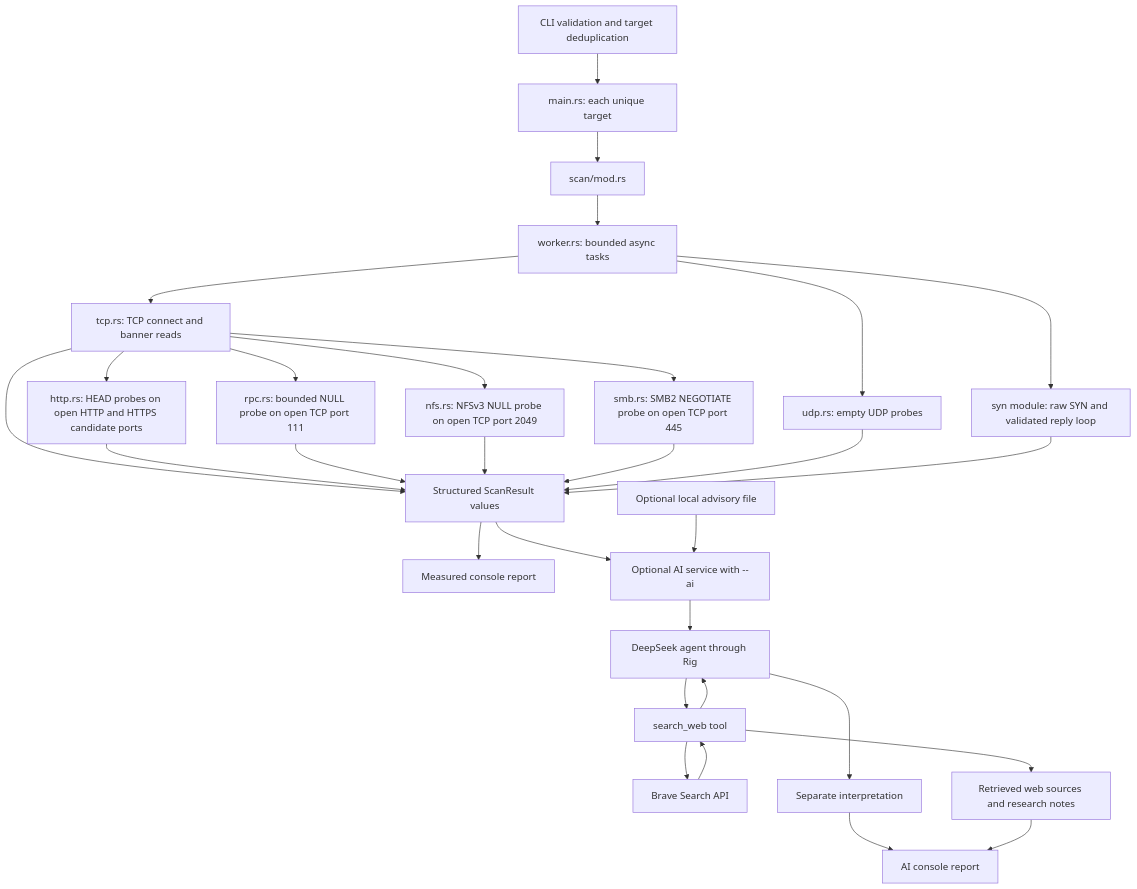
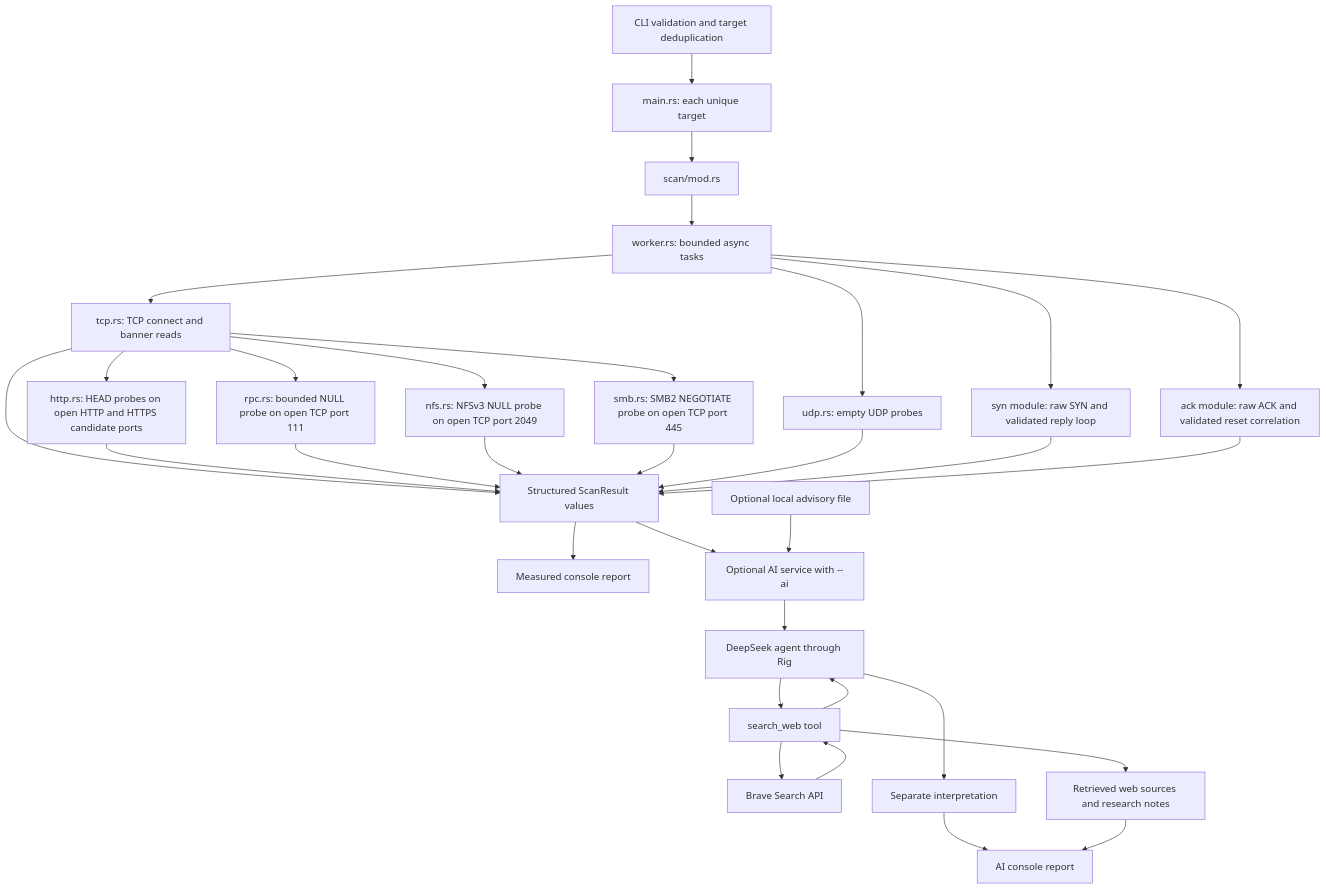
The diagram in docs/architecture.md (frankye961/rmap), drawn with Mermaid before and after one commit. The commit also changed other lines of this file and 32 other files, not shown here.

````diff
--- a/docs/architecture.md
+++ b/docs/architecture.md
@@ -23,32 +24,34 @@
 ```mermaid
 flowchart TD
     CLI[CLI validation and target deduplication] --> Hosts[main.rs: each unique target]
     Hosts --> Entry[scan/mod.rs]
     Entry --> Pool[worker.rs: bounded async tasks]
     Pool --> TCP[tcp.rs: TCP connect and banner reads]
     Pool --> UDP[udp.rs: empty UDP probes]
     Pool --> SYN[syn module: raw SYN and validated reply loop]
+    Pool --> ACK[ack module: raw ACK and validated reset correlation]
     TCP --> HTTP[http.rs: HEAD probes on open HTTP and HTTPS candidate ports]
     TCP --> RPC[rpc.rs: bounded NULL probe on open TCP port 111]
     TCP --> NFS[nfs.rs: NFSv3 NULL probe on open TCP port 2049]
     TCP --> SMB[smb.rs: SMB2 NEGOTIATE probe on open TCP port 445]
     TCP --> Results[Structured ScanResult values]
     HTTP --> Results
     RPC --> Results
     NFS --> Results
     SMB --> Results
     UDP --> Results
     SYN --> Results
+    ACK --> Results
     Results --> Report[Measured console report]
     Results --> AI[Optional AI service with --ai]
     Local[Optional local advisory file] --> AI
     AI --> Agent[DeepSeek agent through Rig]
     Agent --> Search[search_web tool]
     Search --> Brave[Brave Search API]
     Brave --> Search
     Search --> Agent
     Agent --> Analysis[Separate interpretation]
     Search --> Evidence[Retrieved web sources and research notes]
     Analysis --> AIReport[AI console report]
     Evidence --> AIReport
 ```
````
